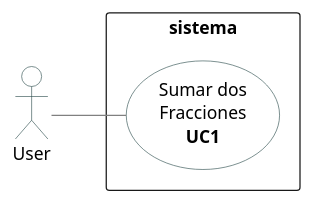
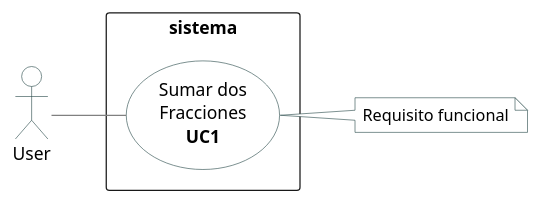
Before and after one commit to srlopez/RUP: the first of 3 diagrams in ejemplos/fraccion_completo.md, drawn with PlantUML. The commit also changed other lines of this file, not shown here.

Commit message:
secuencia

````diff
--- a/ejemplos/fraccion_completo.md
+++ b/ejemplos/fraccion_completo.md
@@ -20,22 +20,28 @@
 ```plantuml
 @startuml
 skinparam usecase {
   BackgroundColor White
   BorderColor DarkSlateGray
   ArrowColor Grey
 }
 skinparam actor {
   BackgroundColor White
   BorderColor DarkSlateGray
   ArrowColor Grey
 }
+skinparam note {
+  BackgroundColor White
+  BorderColor DarkSlateGray
+}
+note "Requisito funcional" as n1
 
 left to right direction
 :User: as cli
 rectangle sistema {
   (Sumar dos\nFracciones\n<b>UC1</b>) as suma 
 }
 
 cli -- suma
+suma -- n1
 @enduml
 ```
````
